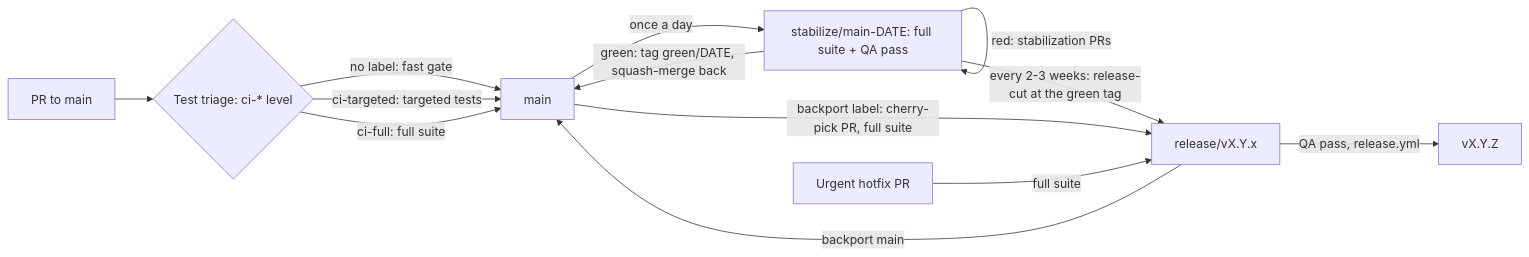
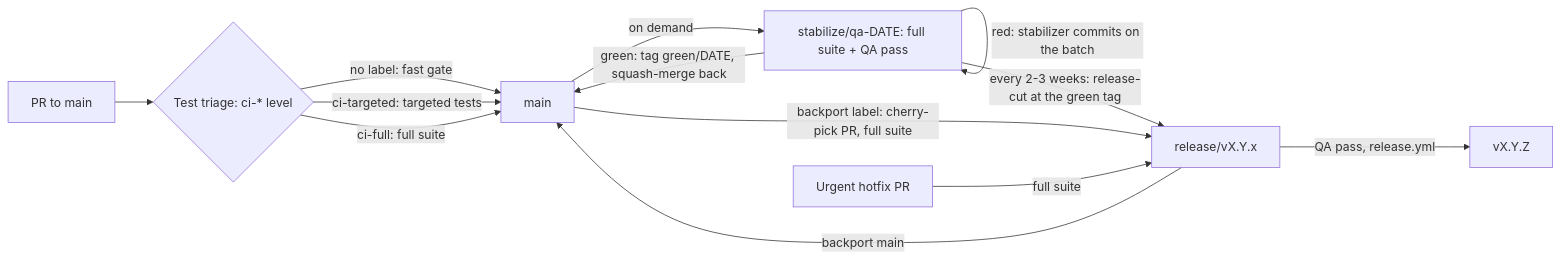
Before and after one commit to open-mercato/open-mercato: the first of 10 diagrams in .ai/specs/2026-11-25-batch-merge-and-green-tag-release-process.md, drawn with Mermaid. The commit also changed other lines of this file and 19 other files, not shown here.

First line of the commit message:
ci(process): align merge gating with on-demand batch QA (#10909)

````diff
--- a/.ai/specs/2026-11-25-batch-merge-and-green-tag-release-process.md
+++ b/.ai/specs/2026-11-25-batch-merge-and-green-tag-release-process.md
@@ -104,15 +104,15 @@
 ```mermaid
 flowchart LR
   PR["PR to main"] --> TRI{"Test triage: ci-* level"}
   TRI -->|"no label: fast gate"| MAIN["main"]
   TRI -->|"ci-targeted: targeted tests"| MAIN
   TRI -->|"ci-full: full suite"| MAIN
-  MAIN -->|"once a day"| CUT["stabilize/main-DATE: full suite + QA pass"]
-  CUT -->|"red: stabilization PRs"| CUT
+  MAIN -->|"on demand"| CUT["stabilize/qa-DATE: full suite + QA pass"]
+  CUT -->|"red: stabilizer commits on the batch"| CUT
   CUT -->|"green: tag green/DATE, squash-merge back"| MAIN
   CUT -->|"every 2-3 weeks: release-cut at the green tag"| REL["release/vX.Y.x"]
   MAIN -->|"backport label: cherry-pick PR, full suite"| REL
   HOT["Urgent hotfix PR"] -->|"full suite"| REL
   REL -->|"backport main"| MAIN
   REL -->|"QA pass, release.yml"| VER["vX.Y.Z"]
 ```
````
